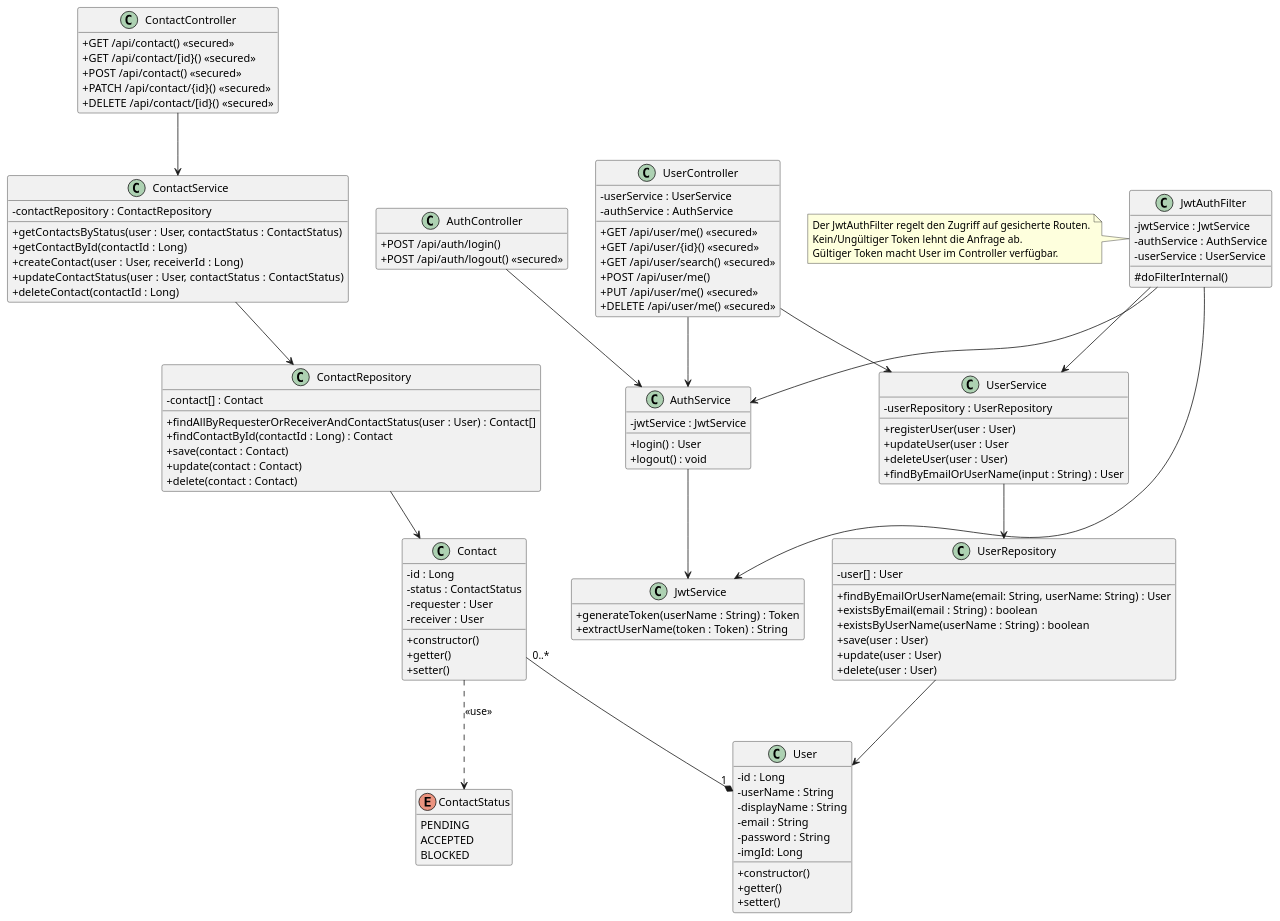
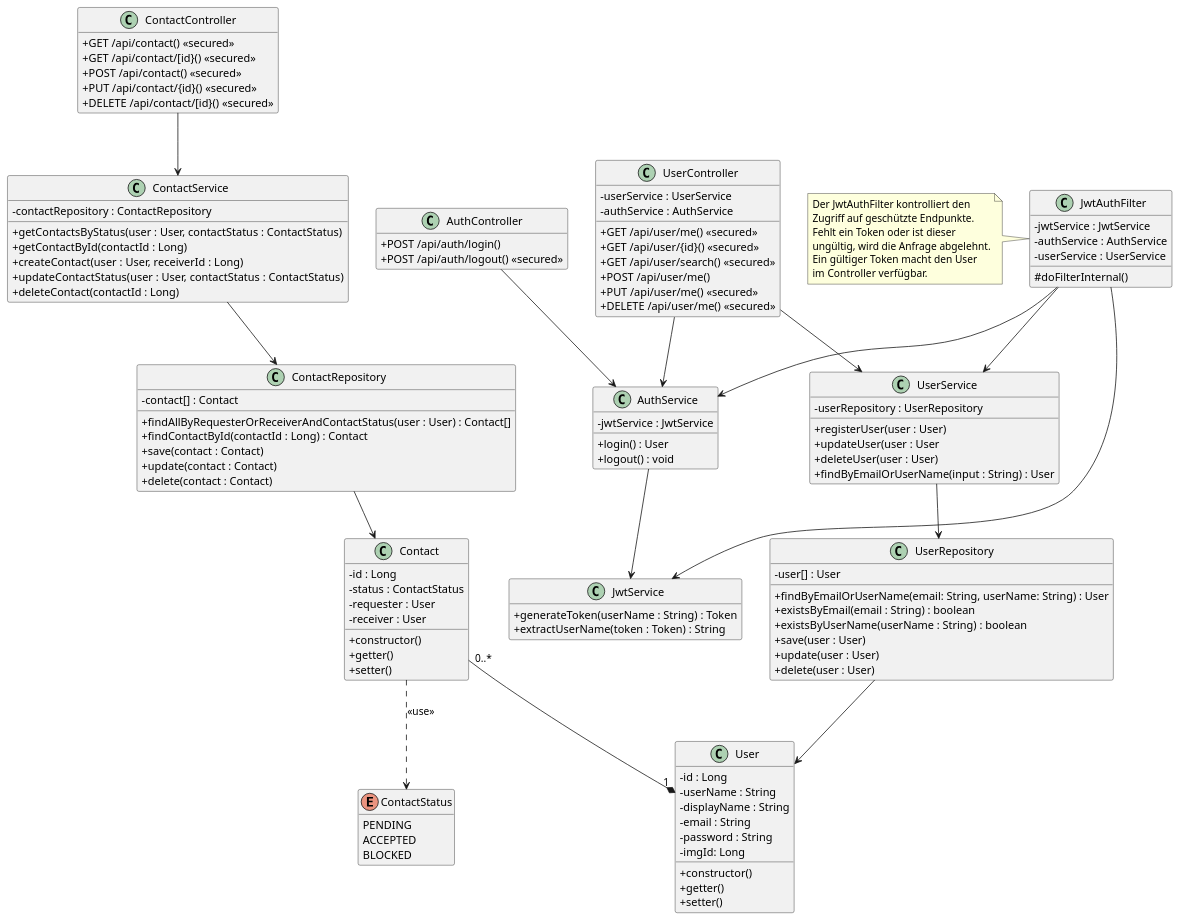
Before and after one commit to SpaghettiCodeGang/TryLater-Server: the diagram in uml/class/Class_TryLater.puml, drawn with PlantUML. The commit also changed 2 other files, not shown here.

```diff
--- a/uml/class/Class_TryLater.puml
+++ b/uml/class/Class_TryLater.puml
@@ -1,133 +1,136 @@
 @startuml
 skinparam classAttributeIconSize 0
 hide empty members
 
 class User {
     - id : Long
     - userName : String
     - displayName : String
     - email : String
     - password : String
     - imgId: Long
     + constructor()
     + getter()
     + setter()
 }
 
 class UserRepository {
     - user[] : User
     + findByEmailOrUserName(email: String, userName: String) : User
     + existsByEmail(email : String) : boolean
     + existsByUserName(userName : String) : boolean
     + save(user : User)
     + update(user : User)
     + delete(user : User)
 }
 
 class UserService {
     - userRepository : UserRepository
     + registerUser(user : User)
     + updateUser(user : User
     + deleteUser(user : User)
     + findByEmailOrUserName(input : String) : User
 }
 
 class UserController {
     - userService : UserService
     - authService : AuthService
     + GET /api/user/me() <<secured>>
     + GET /api/user/{id}() <<secured>>
     + GET /api/user/search() <<secured>>
     + POST /api/user/me()
     + PUT /api/user/me() <<secured>>
     + DELETE /api/user/me() <<secured>>
 }
 
 class JwtService {
     + generateToken(userName : String) : Token
     + extractUserName(token : Token) : String
 }
 
 class JwtAuthFilter {
     - jwtService : JwtService
     - authService : AuthService
     - userService : UserService
     # doFilterInternal()
 }
 
 note left of JwtAuthFilter
-    Der JwtAuthFilter regelt den Zugriff auf gesicherte Routen.
-    Kein/Ungültiger Token lehnt die Anfrage ab.
-    Gültiger Token macht User im Controller verfügbar.
+    Der JwtAuthFilter kontrolliert den
+    Zugriff auf geschützte Endpunkte.
+    Fehlt ein Token oder ist dieser
+    ungültig, wird die Anfrage abgelehnt.
+    Ein gültiger Token macht den User
+    im Controller verfügbar.
 end note
 
 class AuthService {
     - jwtService : JwtService
     + login() : User
     + logout() : void
 }
 
 class AuthController {
     + POST /api/auth/login()
     + POST /api/auth/logout() <<secured>>
 }
 
 UserRepository --> User
 UserService --> UserRepository
 UserController --> AuthService
 UserController --> UserService
 AuthService --> JwtService
 AuthController --> AuthService
 JwtAuthFilter --> UserService
 JwtAuthFilter --> JwtService
 JwtAuthFilter --> AuthService
 
 enum ContactStatus {
     PENDING
     ACCEPTED
     BLOCKED
 }
 
 class Contact {
     - id : Long
     - status : ContactStatus
     - requester : User
     - receiver : User
     + constructor()
     + getter()
     + setter()
 }
 
 class ContactRepository {
     - contact[] : Contact
     + findAllByRequesterOrReceiverAndContactStatus(user : User) : Contact[]
     + findContactById(contactId : Long) : Contact
     + save(contact : Contact)
     + update(contact : Contact)
     + delete(contact : Contact)
 }
 
 class ContactService {
     - contactRepository : ContactRepository
     + getContactsByStatus(user : User, contactStatus : ContactStatus)
     + getContactById(contactId : Long)
     + createContact(user : User, receiverId : Long)
     + updateContactStatus(user : User, contactStatus : ContactStatus)
     + deleteContact(contactId : Long)
 }
 
 class ContactController {
     + GET /api/contact() <<secured>>
     + GET /api/contact/[id}() <<secured>>
     + POST /api/contact() <<secured>>
-    + PATCH /api/contact/{id}() <<secured>>
+    + PUT /api/contact/{id}() <<secured>>
     + DELETE /api/contact/[id}() <<secured>>
 }
 
 Contact "0..*" --* "1" User
 Contact ..> ContactStatus : <<use>>
 ContactRepository --> Contact
 ContactService --> ContactRepository
 ContactController --> ContactService
 
 @enduml
```
